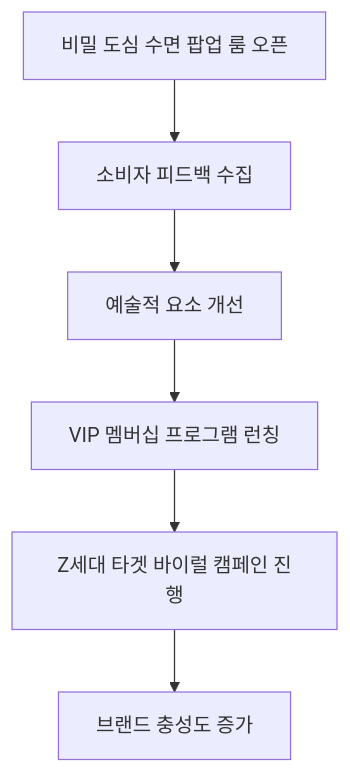
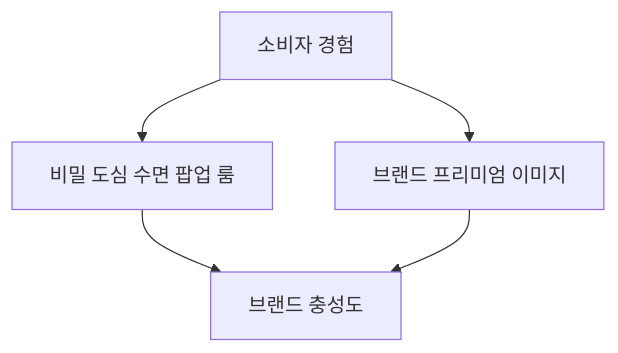
Before and after one commit to meandfree23/cd_planner: the sixth of 7 diagrams in reports/칠아웃_하이엔드_스파_메타포_시뮬레이션.md, drawn with Mermaid. The commit also changed other lines of this file and 2 other files, not shown here.

````diff
--- a/reports/칠아웃_하이엔드_스파_메타포_시뮬레이션.md
+++ b/reports/칠아웃_하이엔드_스파_메타포_시뮬레이션.md
@@ -202,8 +195,7 @@
 ```mermaid
 graph TD;
-    A[비밀 도심 수면 팝업 룸 오픈] --> B[소비자 피드백 수집]
-    B --> C[예술적 요소 개선]
-    C --> D[VIP 멤버십 프로그램 런칭]
-    D --> E[Z세대 타겟 바이럴 캠페인 진행]
-    E --> F[브랜드 충성도 증가]
+    A[소비자 경험] --> B[비밀 도심 수면 팝업 룸]
+    A --> C[브랜드 프리미엄 이미지]
+    B --> D[브랜드 충성도]
+    C --> D
 ```
````
